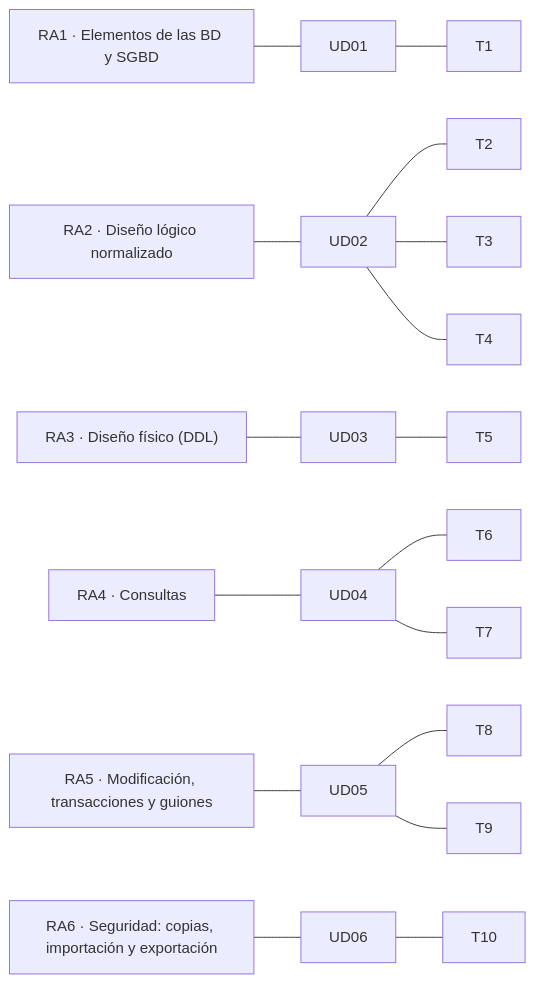
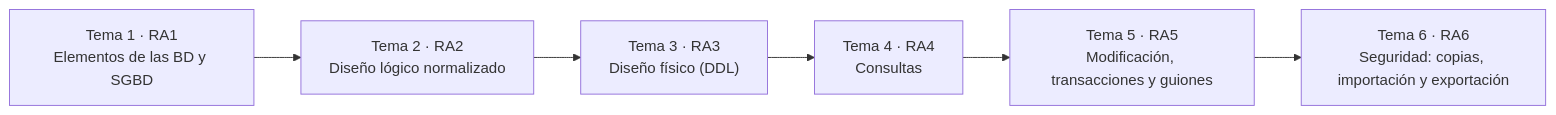
The diagram in content.es/guia/ra-ce.md (LorenaLResusta/GBD), drawn with Mermaid before and after one commit. The commit also changed other lines of this file and 134 other files, not shown here.

````diff
--- a/content.es/guia/ra-ce.md
+++ b/content.es/guia/ra-ce.md
@@ -28,9 +28,9 @@
 ```mermaid
 flowchart LR
-    RA1["RA1 · Elementos de las BD y SGBD"] --- UD01["UD01"] --- T1
-    RA2["RA2 · Diseño lógico normalizado"] --- UD02["UD02"] --- T2 & T3 & T4
-    RA3["RA3 · Diseño físico (DDL)"] --- UD03["UD03"] --- T5
-    RA4["RA4 · Consultas"] --- UD04["UD04"] --- T6 & T7
-    RA5["RA5 · Modificación, transacciones y guiones"] --- UD05["UD05"] --- T8 & T9
-    RA6["RA6 · Seguridad: copias, importación y exportación"] --- UD06["UD06"] --- T10
+    T1["Tema 1 · RA1<br/>Elementos de las BD y SGBD"] --> T2
+    T2["Tema 2 · RA2<br/>Diseño lógico normalizado"] --> T3
+    T3["Tema 3 · RA3<br/>Diseño físico (DDL)"] --> T4
+    T4["Tema 4 · RA4<br/>Consultas"] --> T5
+    T5["Tema 5 · RA5<br/>Modificación, transacciones y guiones"] --> T6
+    T6["Tema 6 · RA6<br/>Seguridad: copias, importación y exportación"]
 ```
````
